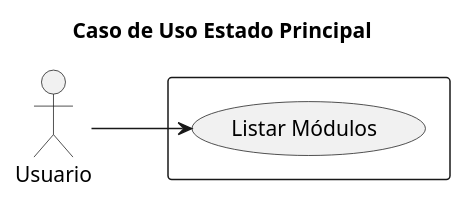
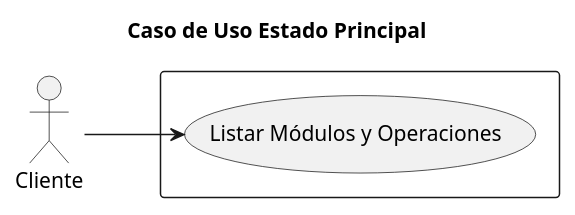
The diagram in casosDeUso/casoUsoEstadoPrincipal.puml (rodri5villa/numath-API), drawn with PlantUML before and after one commit. The commit also changed 30 other files, not shown here.

```diff
--- a/casosDeUso/casoUsoEstadoPrincipal.puml
+++ b/casosDeUso/casoUsoEstadoPrincipal.puml
@@ -1,15 +1,15 @@
 @startuml
 
 title Caso de Uso Estado Principal
 
 left to right direction
 
-actor Usuario as user
+actor Cliente as user
 
 rectangle  {
-    usecase "Listar Módulos" as listarMod
+    usecase "Listar Módulos y Operaciones" as listarMod
 }
 
 user --> listarMod: ""
 
 @enduml
```
